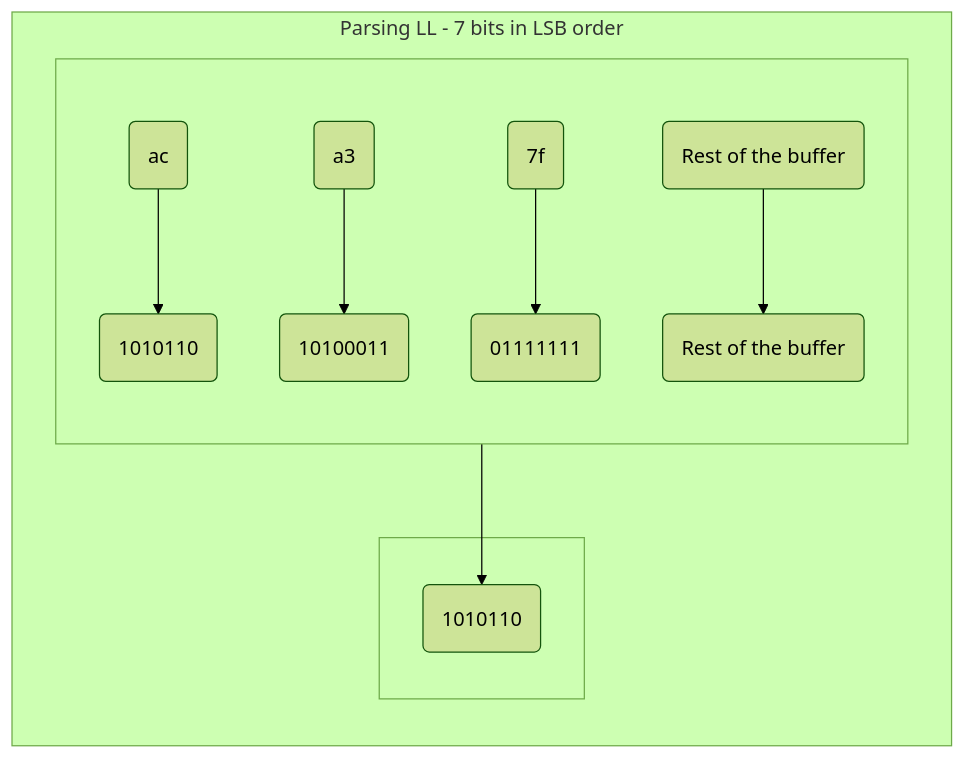
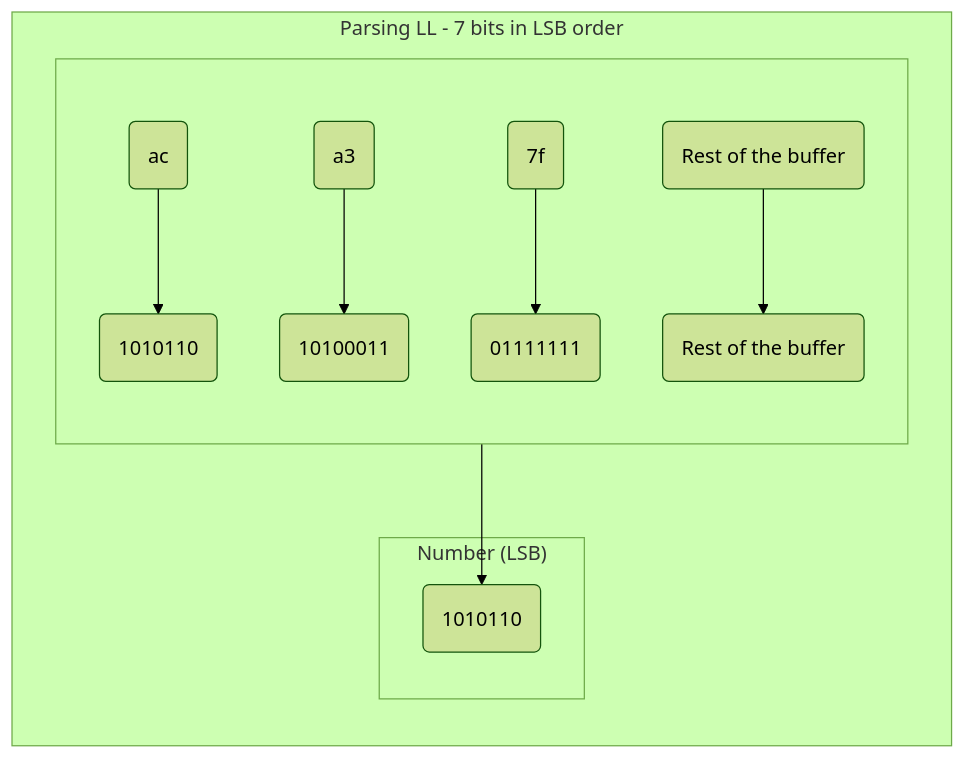
Before and after one commit to marsp0/marsp0.github.io: diagram 15 of 20 in articles/deflate-stream-parser.md, drawn with Mermaid. The commit also changed other lines of this file, not shown here.

````diff
--- a/articles/deflate-stream-parser.md
+++ b/articles/deflate-stream-parser.md
@@ -902,29 +902,29 @@
 ```mermaid
 %%{init: { 'theme':'forest' } }%%
 graph
     subgraph "Parsing LL - 7 bits in LSB order"
         direction TB
         subgraph " "
             direction TB
             J(ac)
             K(a3)
             L(7f)
             M("Rest of the buffer")
             JBF(1010110)
             KBF(10100011)
             LBF(01111111)
             MBF("Rest of the buffer")
         end
-        subgraph " "
+        subgraph "Number (LSB)"
             JB(1010110)
         end
 
         J --> JBF
         K --> KBF
         L --> LBF
         M --> MBF
 
         JBF --> JB
 
     end
 ```
````
